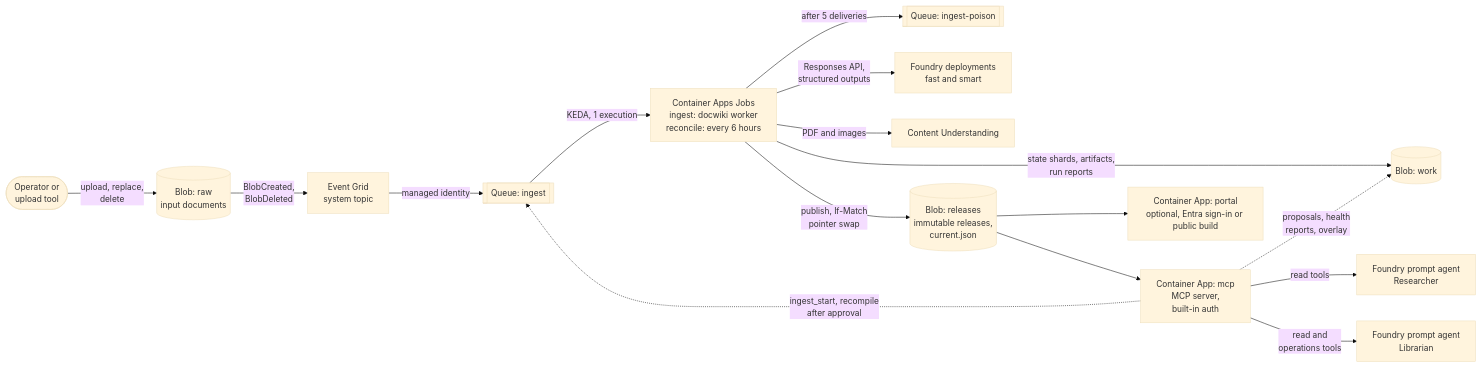
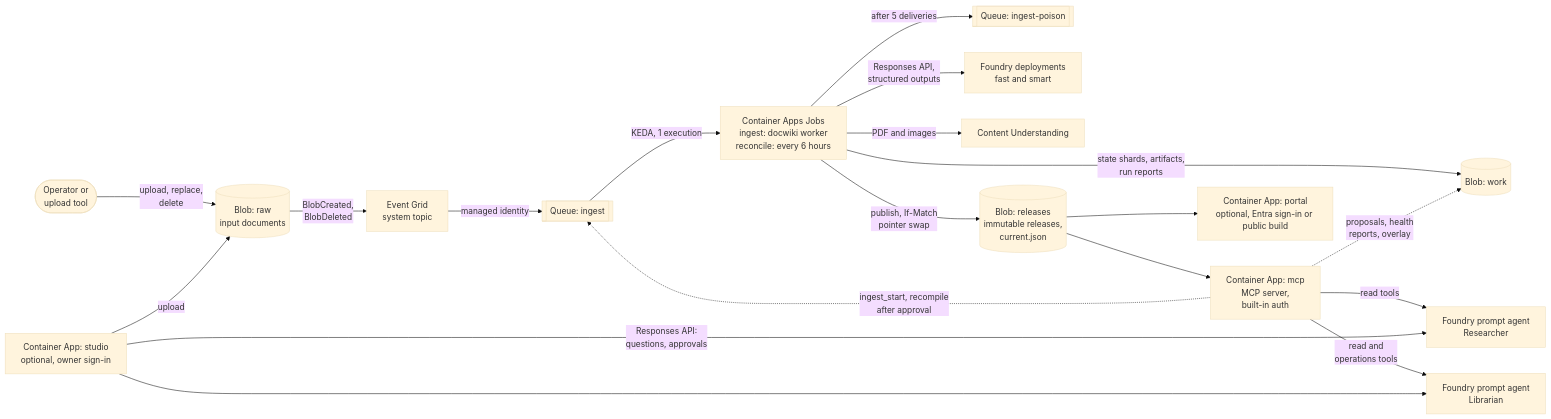
Before and after one commit to ozgurkarahan/docwiki: the first of 5 diagrams in docs/architecture.md, drawn with Mermaid (base theme). The commit also changed other lines of this file and 48 other files, not shown here.

First line of the commit message:
DocWiki Studio: the signed-in app around the pipeline and the agents

````diff
--- a/docs/architecture.md
+++ b/docs/architecture.md
@@ -19,18 +19,21 @@
 ```mermaid
 flowchart LR
   operator(["Operator or<br/>upload tool"]) -->|"upload, replace,<br/>delete"| raw[("Blob: raw<br/>input documents")]
   raw -->|"BlobCreated,<br/>BlobDeleted"| eg["Event Grid<br/>system topic"]
   eg -->|"managed identity"| queue[["Queue: ingest"]]
   queue -->|"KEDA, 1 execution"| jobs["Container Apps Jobs<br/>ingest: docwiki worker<br/>reconcile: every 6 hours"]
   jobs -->|"after 5 deliveries"| poison[["Queue: ingest-poison"]]
   jobs -->|"state shards, artifacts,<br/>run reports"| work[("Blob: work")]
   jobs -->|"Responses API,<br/>structured outputs"| models["Foundry deployments<br/>fast and smart"]
   jobs -->|"PDF and images"| cu["Content Understanding"]
   jobs -->|"publish, If-Match<br/>pointer swap"| releases[("Blob: releases<br/>immutable releases,<br/>current.json")]
   releases --> mcp["Container App: mcp<br/>MCP server,<br/>built-in auth"]
   releases --> portal["Container App: portal<br/>optional, Entra sign-in or public build"]
   mcp -->|"read tools"| researcher["Foundry prompt agent<br/>Researcher"]
   mcp -->|"read and<br/>operations tools"| librarian["Foundry prompt agent<br/>Librarian"]
   mcp -.->|"ingest_start, recompile<br/>after approval"| queue
   mcp -.->|"proposals, health<br/>reports, overlay"| work
+  studio["Container App: studio<br/>optional, owner sign-in"] -->|"upload"| raw
+  studio -->|"Responses API:<br/>questions, approvals"| researcher
+  studio --> librarian
 ```
````
